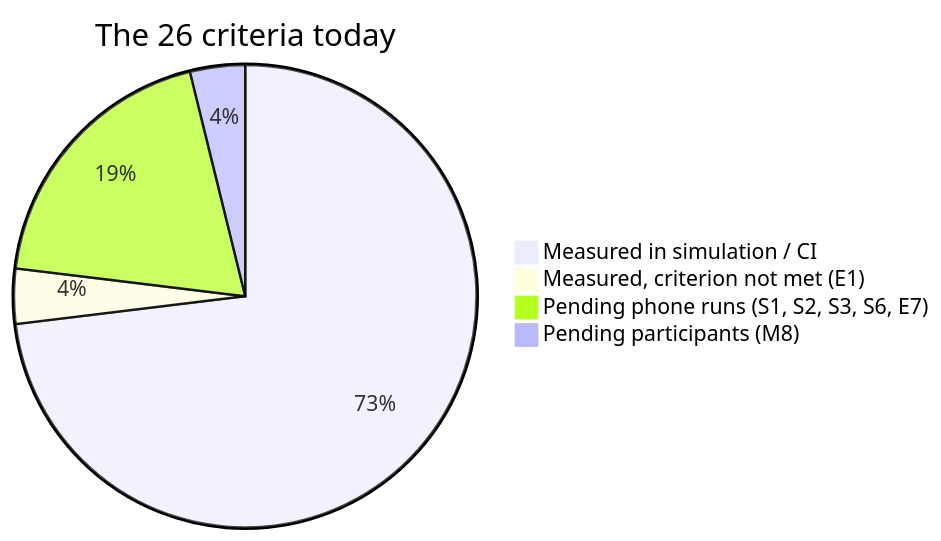
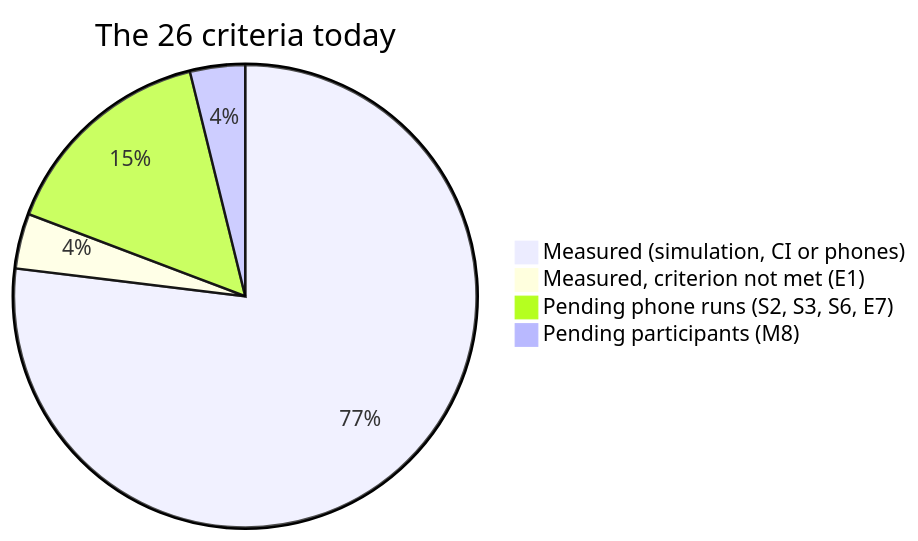
Diagram 15 of 15 in docs/EXPLAINED.md (Zakir032002/velocoach), drawn with Mermaid before and after one commit. The commit also changed other lines of this file and 16 other files, not shown here.

````diff
--- a/docs/EXPLAINED.md
+++ b/docs/EXPLAINED.md
@@ -637,7 +637,7 @@
 ```mermaid
 pie title The 26 criteria today
-    "Measured in simulation / CI" : 19
+    "Measured (simulation, CI or phones)" : 20
     "Measured, criterion not met (E1)" : 1
-    "Pending phone runs (S1, S2, S3, S6, E7)" : 5
+    "Pending phone runs (S2, S3, S6, E7)" : 4
     "Pending participants (M8)" : 1
 ```
````
